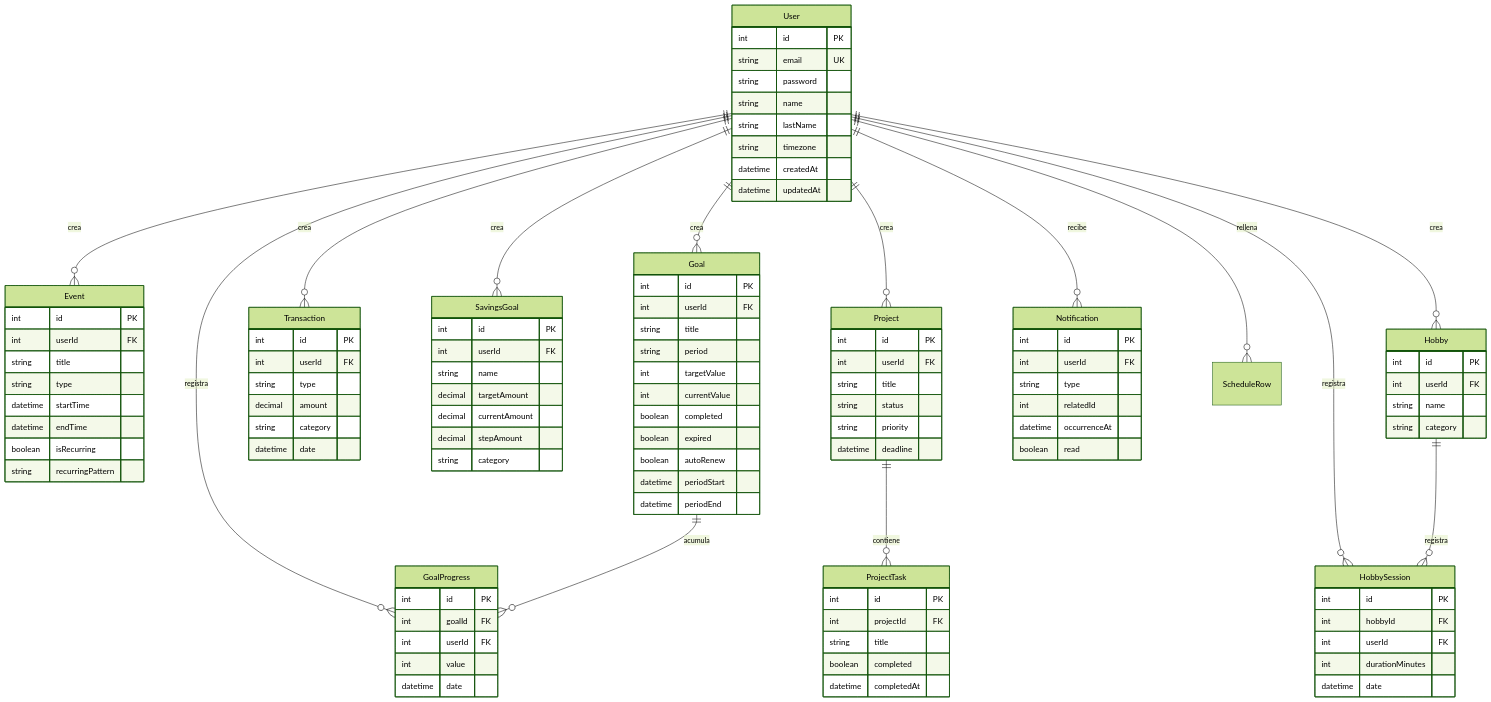
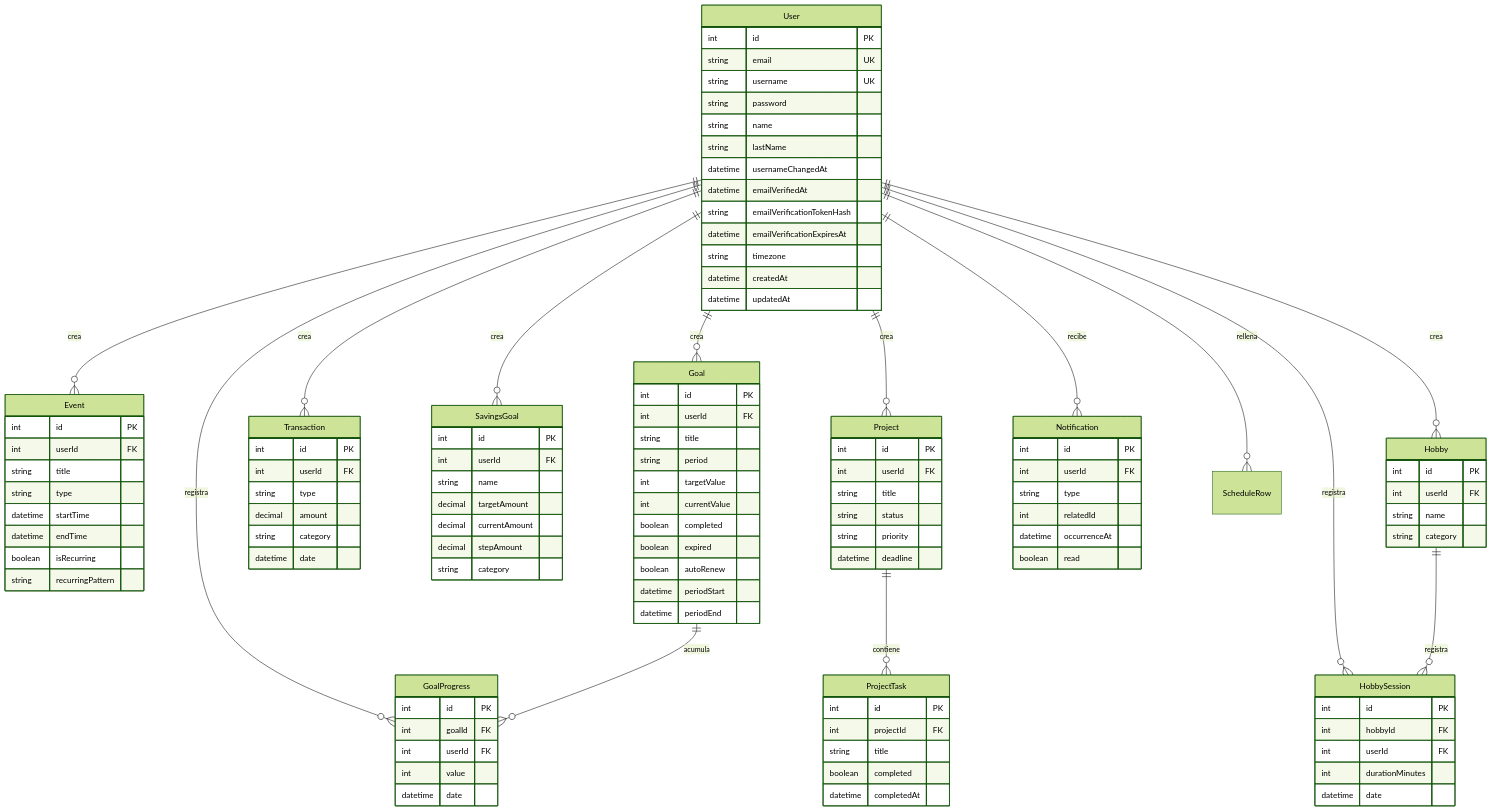
Before and after one commit to PaulaDolado/Life-Organizer: the diagram in DATABASE.md, drawn with Mermaid (forest theme). The commit also changed other lines of this file and 35 other files, not shown here.

```diff
--- a/DATABASE.md
+++ b/DATABASE.md
@@ -25,9 +25,14 @@
     User {
         int id PK
         string email UK
+        string username UK
         string password
         string name
         string lastName
+        datetime usernameChangedAt
+        datetime emailVerifiedAt
+        string emailVerificationTokenHash
+        datetime emailVerificationExpiresAt
         string timezone
         datetime createdAt
         datetime updatedAt
```
